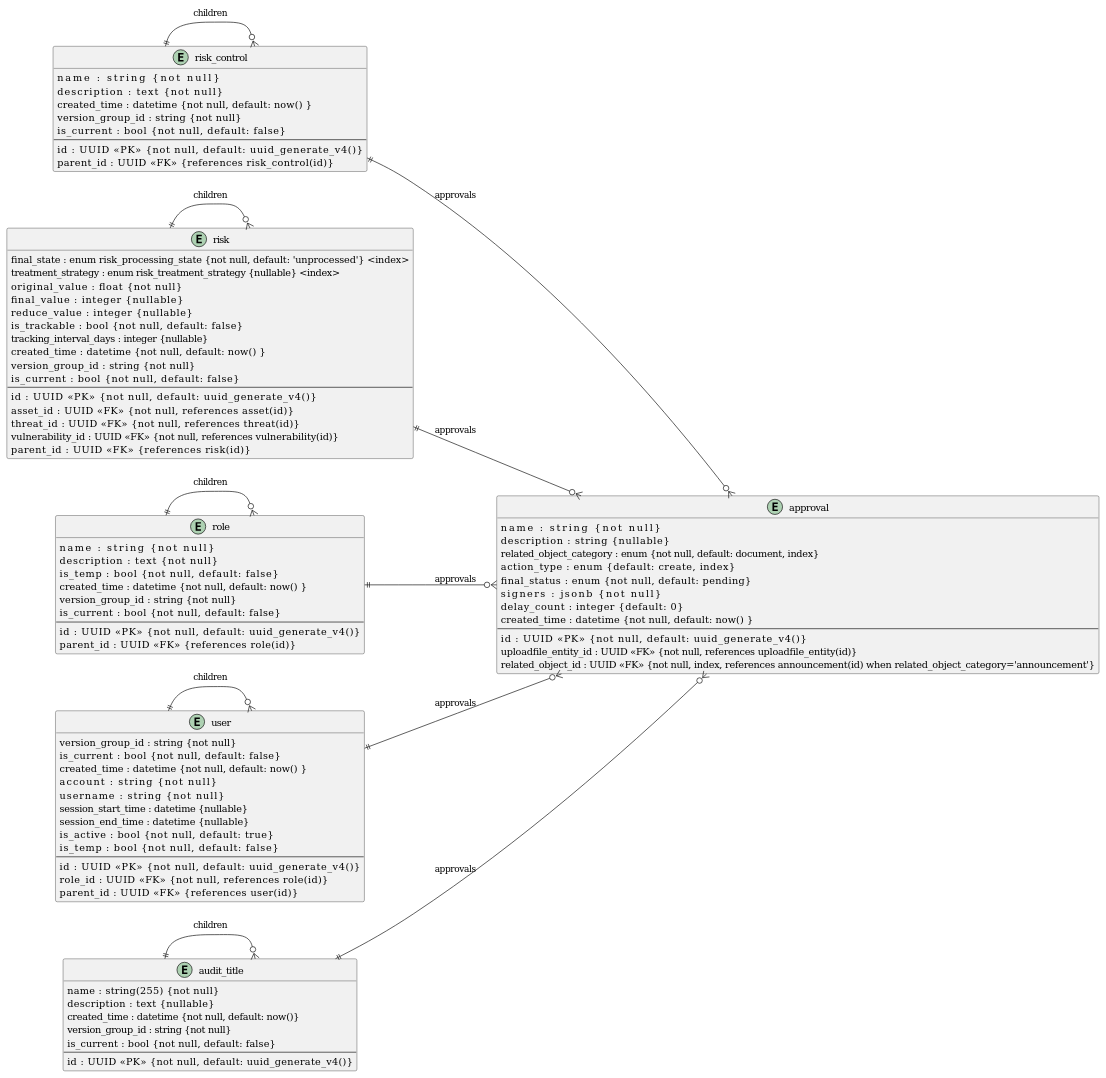
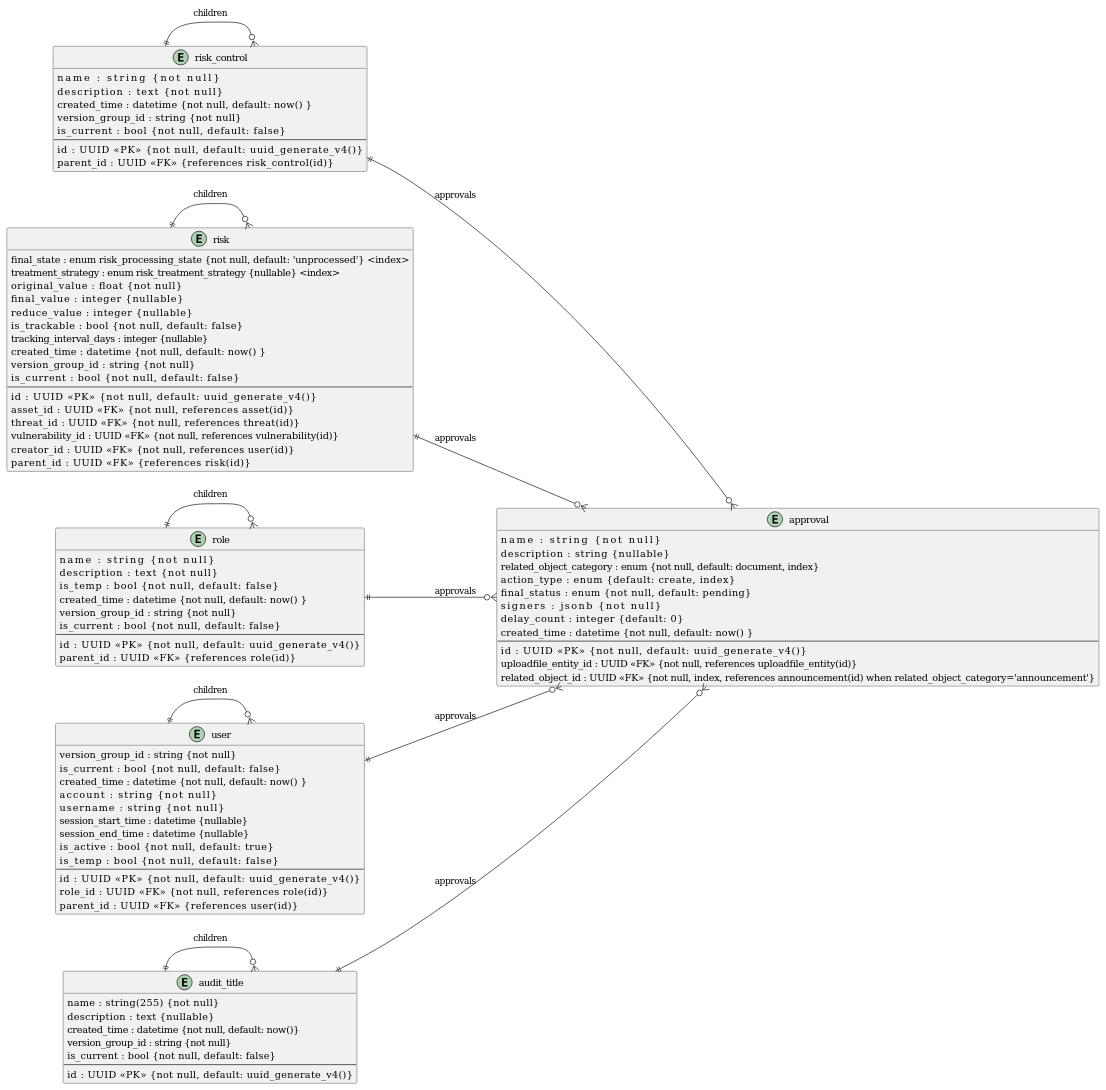
Before and after one commit to walle45611/NTUB_SecuManag_Diagram: the diagram in plantUML/database/model/approval/approval_3.puml, drawn with PlantUML. The commit also changed 3 other files, not shown here.

```diff
--- a/plantUML/database/model/approval/approval_3.puml
+++ b/plantUML/database/model/approval/approval_3.puml
@@ -1,97 +1,98 @@
 @startuml
 ' skinparam linetype ortho
 left to right direction
 
 entity "approval" as APV {
     name                    : string    {not null}
     description             : string    {nullable}
     related_object_category : enum      {not null, default: document, index}
     action_type             : enum      {default: create, index}
     final_status            : enum      {not null, default: pending}
     signers                 : jsonb     {not null}
     delay_count             : integer   {default: 0}
     created_time            : datetime  {not null, default: now() }
     --
     id                      : UUID      <<PK>>  {not null, default: uuid_generate_v4()}
     uploadfile_entity_id    : UUID      <<FK>>  {not null, references uploadfile_entity(id)}
     related_object_id       : UUID      <<FK>>  {not null, index, references announcement(id) when related_object_category='announcement'}
 }
 
 entity "risk_control" as RSC {
     name                    : string     {not null}
     description             : text       {not null}
     created_time            : datetime   {not null, default: now() }
     version_group_id        : string     {not null}
     is_current              : bool       {not null, default: false}
     --
     id                      : UUID       <<PK>> {not null, default: uuid_generate_v4()}
     parent_id               : UUID       <<FK>> {references risk_control(id)}
 }
 RSC ||--o{ RSC : children
 RSC ||--o{ APV : approvals
 
 entity "risk" as RSK {
     final_state             : enum risk_processing_state {not null, default: 'unprocessed'} <index>
     treatment_strategy      : enum risk_treatment_strategy {nullable} <index>
     original_value          : float      {not null}
     final_value             : integer    {nullable}
     reduce_value            : integer    {nullable}
     is_trackable            : bool       {not null, default: false}
     tracking_interval_days  : integer    {nullable}
     created_time            : datetime   {not null, default: now() }
     version_group_id        : string     {not null}
     is_current              : bool       {not null, default: false}
     --
     id                      : UUID       <<PK>> {not null, default: uuid_generate_v4()}
     asset_id                : UUID       <<FK>> {not null, references asset(id)}
     threat_id               : UUID       <<FK>> {not null, references threat(id)}
     vulnerability_id        : UUID       <<FK>> {not null, references vulnerability(id)}
+    creator_id              : UUID       <<FK>> {not null, references user(id)}
     parent_id               : UUID       <<FK>> {references risk(id)}
 }
 RSK ||--o{ RSK : children
 RSK ||--o{ APV : approvals
 
 entity "role" as ROL {
     name                  : string    {not null}
     description           : text      {not null}
     is_temp               : bool      {not null, default: false}
     created_time          : datetime  {not null, default: now() }
     version_group_id      : string    {not null}
     is_current            : bool      {not null, default: false}
     --
     id                    : UUID      <<PK>>  {not null, default: uuid_generate_v4()}
     parent_id             : UUID      <<FK>>  {references role(id)}
 }
 ROL ||--o{ ROL : children
 ROL ||--o{ APV : approvals
 
 entity "user" as USR {
     version_group_id      : string    {not null}
     is_current            : bool      {not null, default: false}
     created_time          : datetime  {not null, default: now() }
     account               : string    {not null}
     username              : string    {not null}
     session_start_time    : datetime  {nullable}
     session_end_time      : datetime  {nullable}
     is_active             : bool      {not null, default: true}
     is_temp               : bool      {not null, default: false}
     --
     id                    : UUID      <<PK>>  {not null, default: uuid_generate_v4()}
     role_id               : UUID      <<FK>>  {not null, references role(id)}
     parent_id             : UUID      <<FK>>  {references user(id)}
 }
 USR ||--o{ USR : children
 USR ||--o{ APV : approvals
 
 entity "audit_title" as AUT {
     name          : string(255)  {not null}
     description   : text         {nullable}
     created_time  : datetime     {not null, default: now()}
     version_group_id : string    {not null}
     is_current    : bool         {not null, default: false}
     --
     id            : UUID         <<PK>> {not null, default: uuid_generate_v4()}
 }
 AUT ||--o{ AUT : children
 AUT ||--o{ APV : approvals
 @enduml
```
